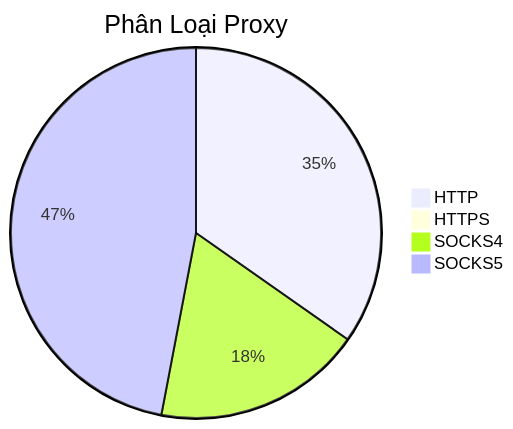
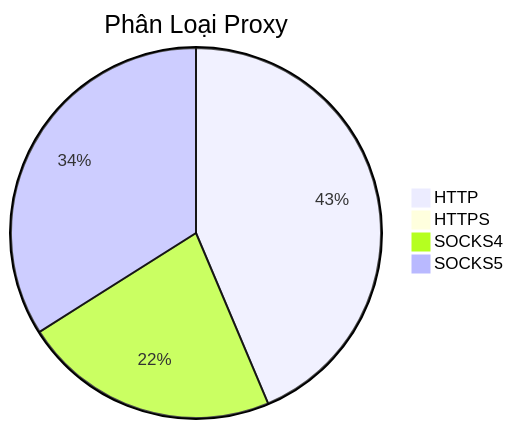
The diagram in README.md (Ciara-Aa/PROXY-free), drawn with Mermaid before and after one commit. The commit also changed other lines of this file and 4 other files, not shown here.

````diff
--- a/README.md
+++ b/README.md
@@ -26,7 +26,7 @@
 ```mermaid
 pie title Phân Loại Proxy
-    "HTTP" : 255
-    "HTTPS" : 5
-    "SOCKS4" : 134
-    "SOCKS5" : 345
+    "HTTP" : 298
+    "HTTPS" : 4
+    "SOCKS4" : 153
+    "SOCKS5" : 232
 ```
````
